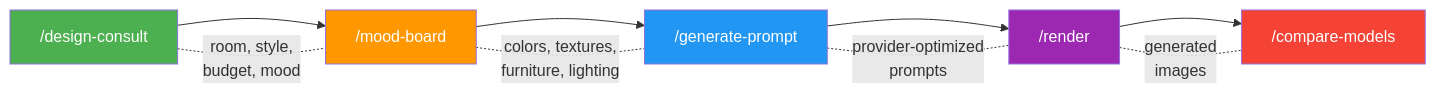
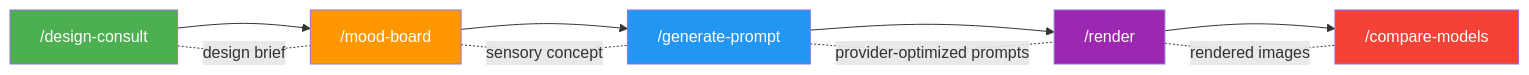
One commit to nguyenvanduocit/pandaConcept changed the first of 3 diagrams in README.md. Above: the diagram before and after it, drawn with Mermaid. The commit also changed other lines of this file and 8 other files, not shown here.

First line of the commit message:
Add Graph of Skills: interconnected skill network with session context and gotchas

````diff
--- a/README.md
+++ b/README.md
@@ -15,18 +67,18 @@
 ```mermaid
 graph LR
     A["/design-consult"] --> B["/mood-board"]
     B --> C["/generate-prompt"]
     C --> D["/render"]
     D --> E["/compare-models"]
 
-    A -.-|"room, style,<br>budget, mood"| B
-    B -.-|"colors, textures,<br>furniture, lighting"| C
-    C -.-|"provider-optimized<br>prompts"| D
-    D -.-|"generated<br>images"| E
+    A -.-|"design brief"| B
+    B -.-|"sensory concept"| C
+    C -.-|"provider-optimized prompts"| D
+    D -.-|"rendered images"| E
 
     style A fill:#4CAF50,color:#fff
     style B fill:#FF9800,color:#fff
     style C fill:#2196F3,color:#fff
     style D fill:#9C27B0,color:#fff
     style E fill:#F44336,color:#fff
 ```
````
